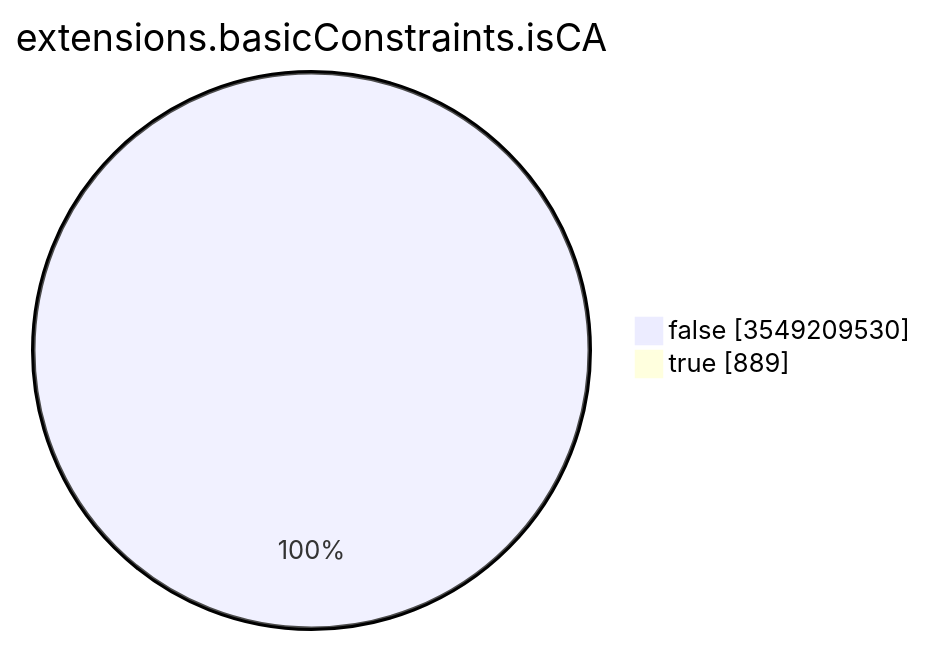
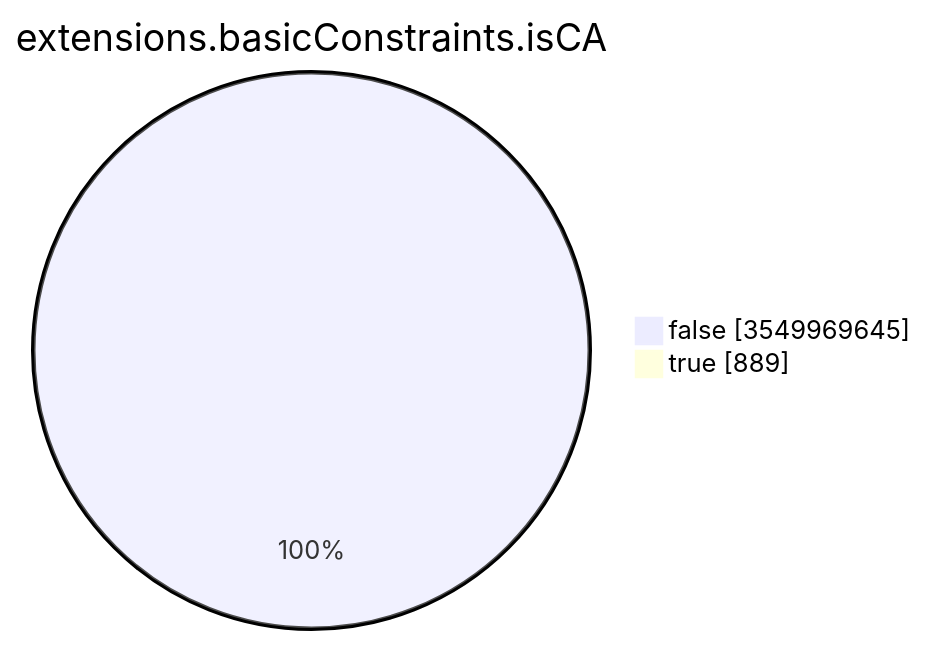
Before and after one commit to christiankrug/ctmonitor_visualization: the seventh of 15 diagrams in TOTAL/README.md, drawn with Mermaid. The commit also changed other lines of this file, not shown here.

````diff
--- a/TOTAL/README.md
+++ b/TOTAL/README.md
@@ -3094,6 +3094,6 @@
 ```mermaid
 pie showData
 title extensions.basicConstraints.isCA
-"false" :3549209530
+"false" :3549969645
 "true" :889
 ```
````
